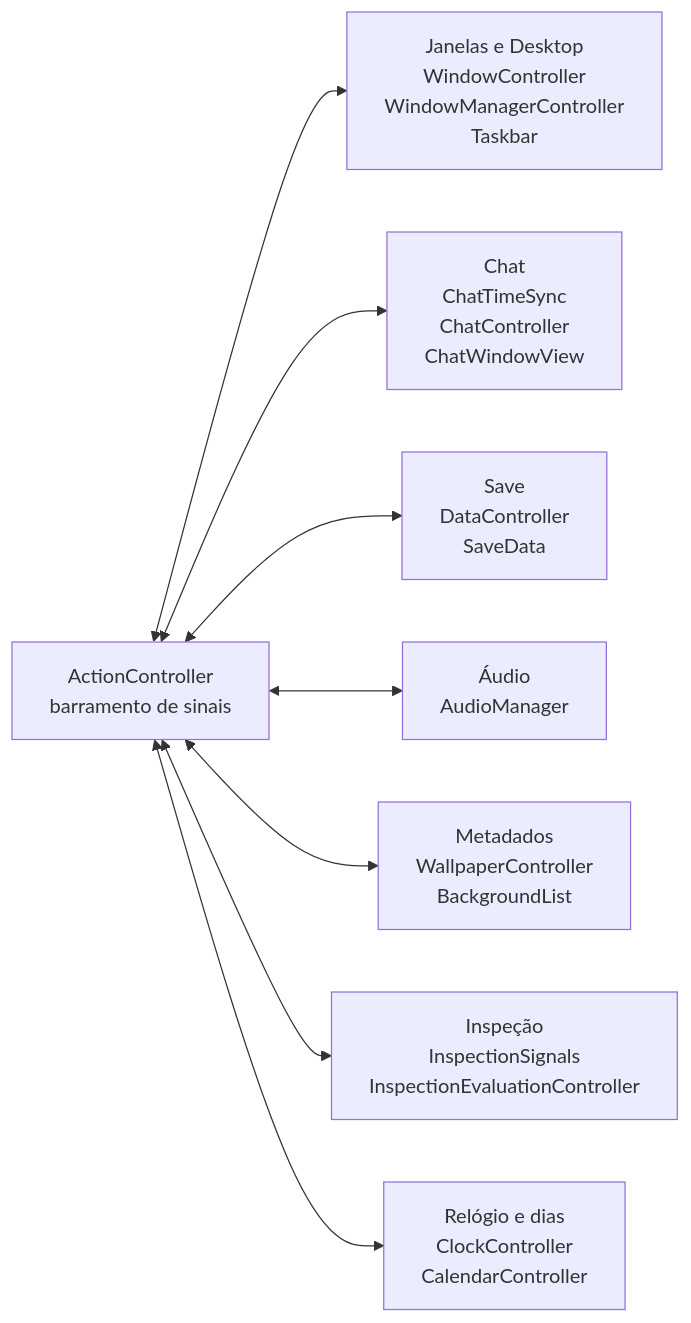
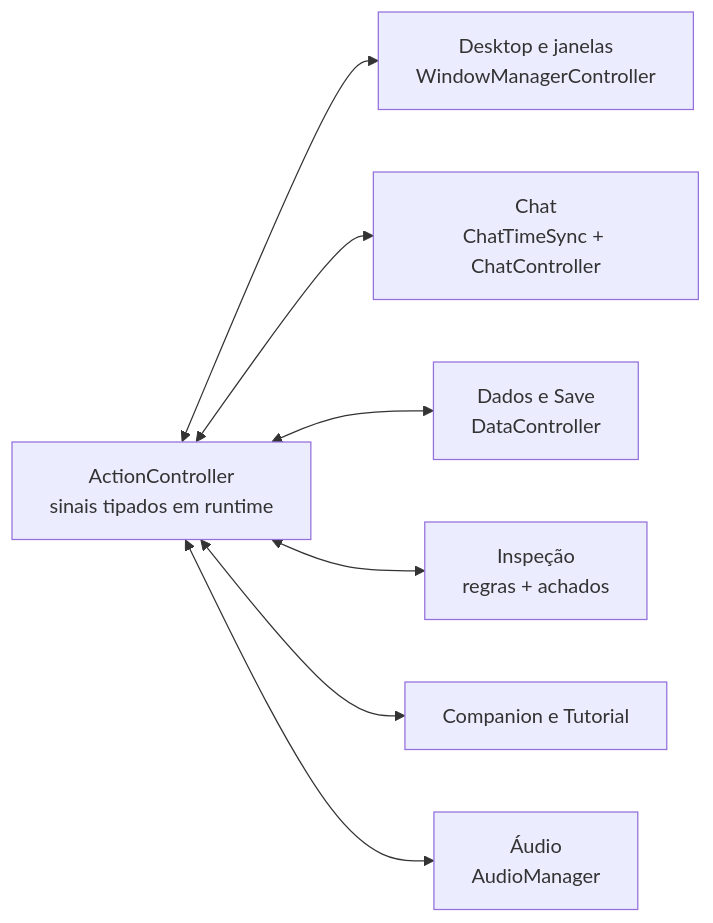
One commit to Sortudo13/RE-SENHA changed the diagram in README.md. Above: the diagram before and after it, drawn with Mermaid. The commit also changed other lines of this file and 11 other files, not shown here.

````diff
--- a/README.md
+++ b/README.md
@@ -90,18 +81,16 @@
 ```mermaid
 flowchart LR
-    AC[ActionController<br/>barramento de sinais]
-    W[Janelas e Desktop<br/>WindowController<br/>WindowManagerController<br/>Taskbar]
-    C[Chat<br/>ChatTimeSync<br/>ChatController<br/>ChatWindowView]
-    S[Save<br/>DataController<br/>SaveData]
+    AC[ActionController<br/>sinais tipados em runtime]
+    W[Desktop e janelas<br/>WindowManagerController]
+    C[Chat<br/>ChatTimeSync + ChatController]
+    D[Dados e Save<br/>DataController]
+    I[Inspeção<br/>regras + achados]
+    T[Companion e Tutorial]
     A[Áudio<br/>AudioManager]
-    M[Metadados<br/>WallpaperController<br/>BackgroundList]
-    I[Inspeção<br/>InspectionSignals<br/>InspectionEvaluationController]
-    T[Relógio e dias<br/>ClockController<br/>CalendarController]
     AC <--> W
     AC <--> C
-    AC <--> S
-    AC <--> A
-    AC <--> M
+    AC <--> D
     AC <--> I
     AC <--> T
+    AC <--> A
 ```
````
